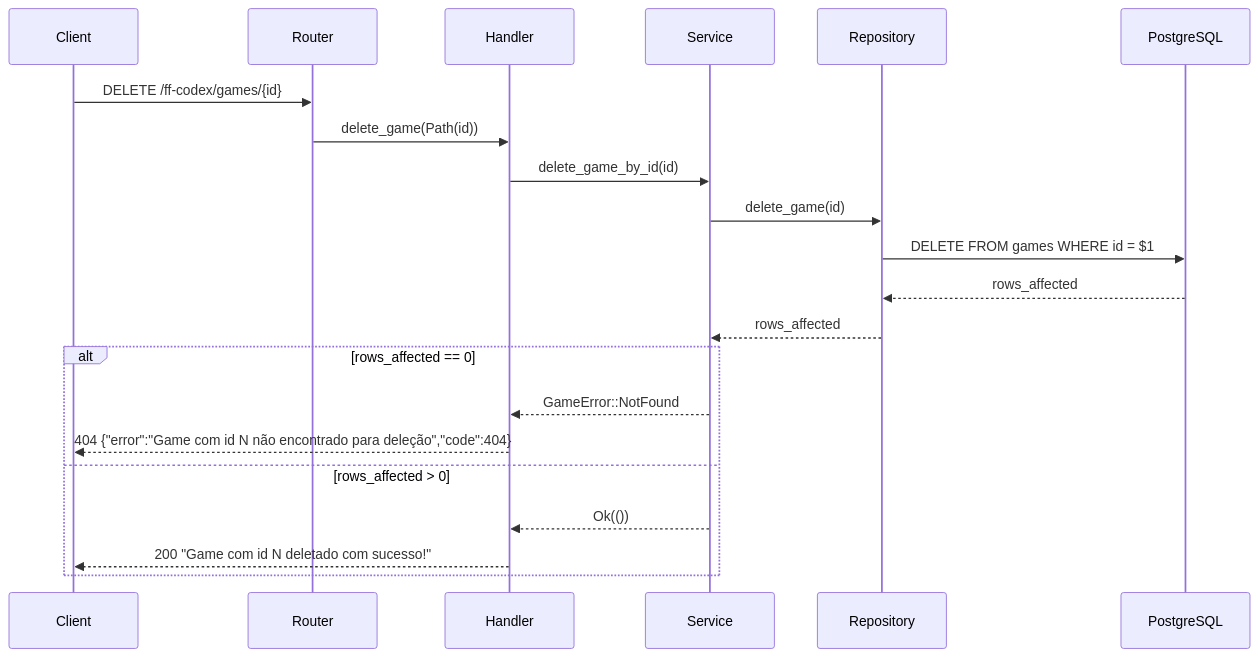
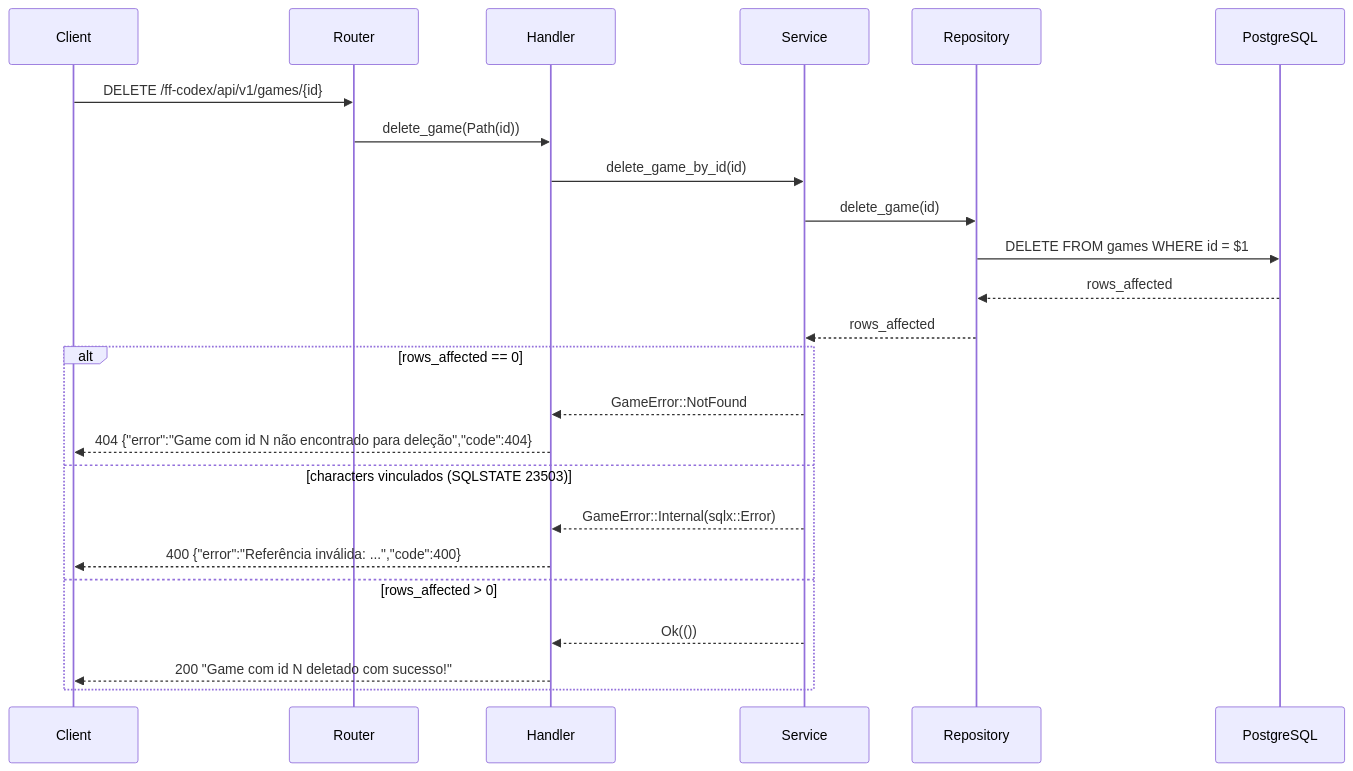
One commit to Daniel-Dos/ff-codex changed the fifth of 7 diagrams in README.md. Above: the diagram before and after it, drawn with Mermaid. The commit also changed other lines of this file and 11 other files, not shown here.

````diff
--- a/README.md
+++ b/README.md
@@ -216,24 +236,27 @@
 ```mermaid
 sequenceDiagram
     participant C as Client
     participant R as Router
     participant H as Handler
     participant S as Service
     participant RE as Repository
     participant DB as PostgreSQL
 
-    C->>R: DELETE /ff-codex/games/{id}
+    C->>R: DELETE /ff-codex/api/v1/games/{id}
     R->>H: delete_game(Path(id))
     H->>S: delete_game_by_id(id)
     S->>RE: delete_game(id)
     RE->>DB: DELETE FROM games WHERE id = $1
     DB-->>RE: rows_affected
     RE-->>S: rows_affected
     alt rows_affected == 0
         S-->>H: GameError::NotFound
         H-->>C: 404 {"error":"Game com id N não encontrado para deleção","code":404}
+    else characters vinculados (SQLSTATE 23503)
+        S-->>H: GameError::Internal(sqlx::Error)
+        H-->>C: 400 {"error":"Referência inválida: ...","code":400}
     else rows_affected > 0
         S-->>H: Ok(())
         H-->>C: 200 "Game com id N deletado com sucesso!"
     end
 ```
````
